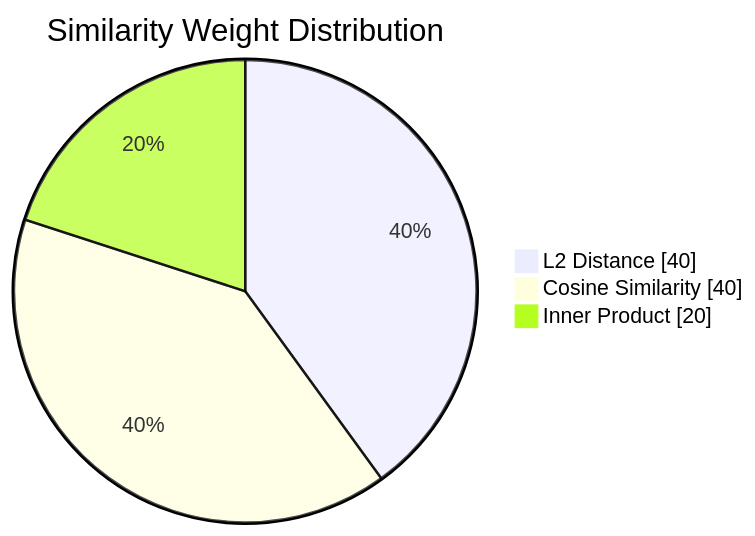
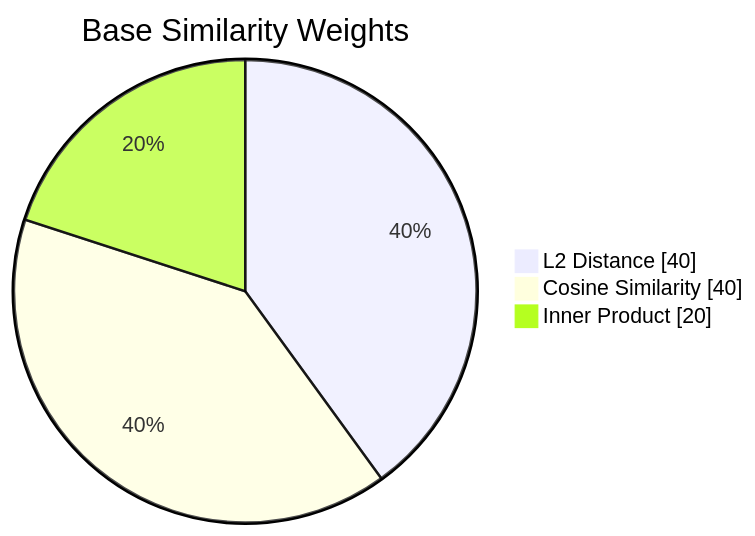
Before and after one commit to AIgen-Solutions-s-r-l/resonance: the fifth of 5 diagrams in README.md, drawn with Mermaid. The commit also changed other lines of this file and 2 other files, not shown here.

````diff
--- a/README.md
+++ b/README.md
@@ -109,7 +191,7 @@
 ```mermaid
 pie showData
-    title Similarity Weight Distribution
+    title Base Similarity Weights
     "L2 Distance" : 40
     "Cosine Similarity" : 40
     "Inner Product" : 20
 ```
````
